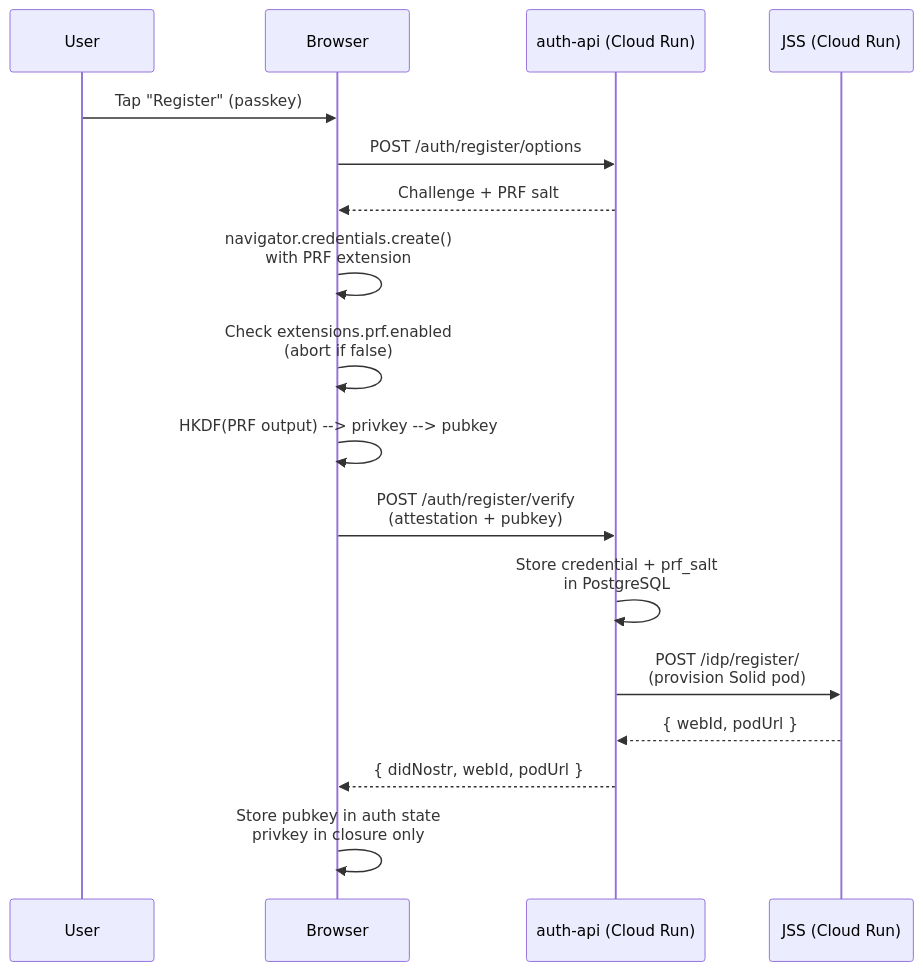
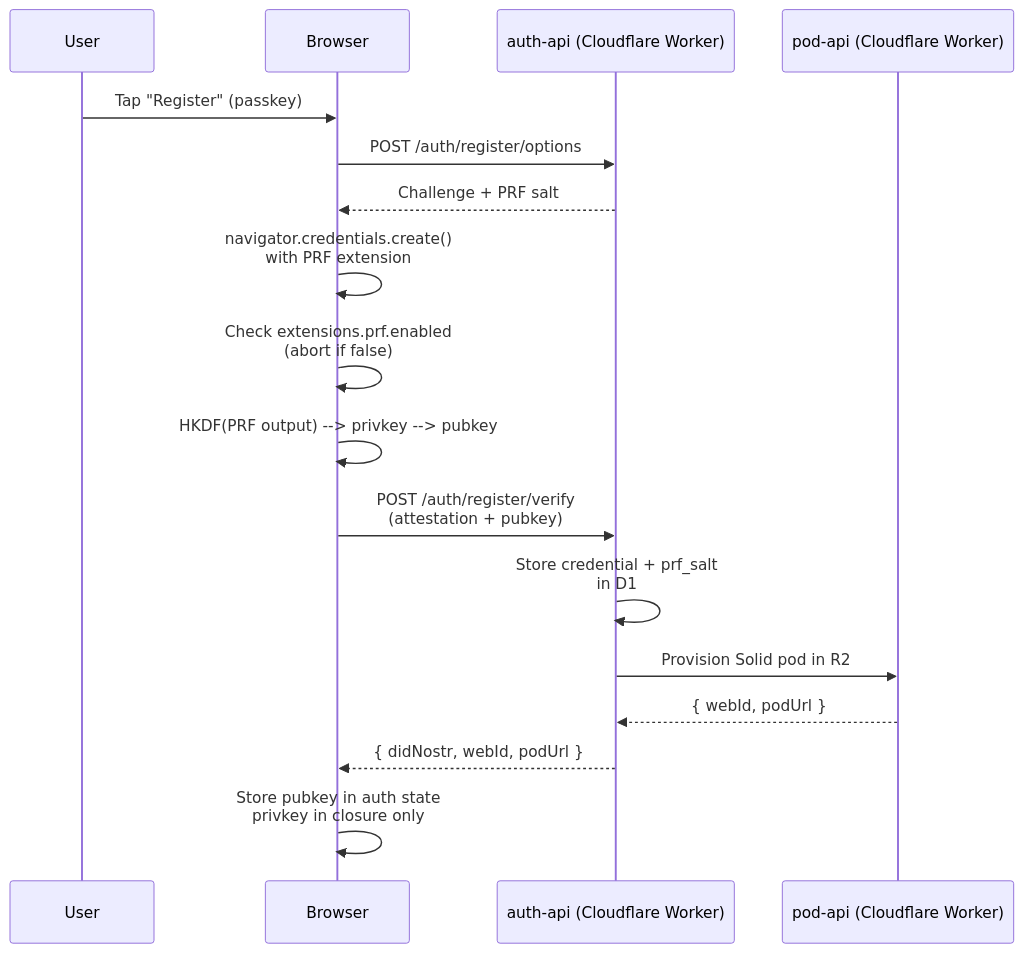
Before and after one commit to DreamLab-AI/dreamlab-ai-website: the third of 7 diagrams in docs/architecture.md, drawn with Mermaid. The commit also changed other lines of this file and 30 other files, not shown here.

First line of the commit message:
Overhaul documentation: mermaid diagrams, deprecate GCP refs, fix 12 broken links

````diff
--- a/docs/architecture.md
+++ b/docs/architecture.md
@@ -134,23 +166,23 @@
 ```mermaid
 sequenceDiagram
     participant User
     participant Browser
-    participant AuthAPI as auth-api (Cloud Run)
-    participant JSS as JSS (Cloud Run)
+    participant AuthAPI as auth-api (Cloudflare Worker)
+    participant PodAPI as pod-api (Cloudflare Worker)
 
     User->>Browser: Tap "Register" (passkey)
     Browser->>AuthAPI: POST /auth/register/options
     AuthAPI-->>Browser: Challenge + PRF salt
 
     Browser->>Browser: navigator.credentials.create()<br/>with PRF extension
     Browser->>Browser: Check extensions.prf.enabled<br/>(abort if false)
     Browser->>Browser: HKDF(PRF output) --> privkey --> pubkey
 
     Browser->>AuthAPI: POST /auth/register/verify<br/>(attestation + pubkey)
-    AuthAPI->>AuthAPI: Store credential + prf_salt<br/>in PostgreSQL
-    AuthAPI->>JSS: POST /idp/register/<br/>(provision Solid pod)
-    JSS-->>AuthAPI: { webId, podUrl }
+    AuthAPI->>AuthAPI: Store credential + prf_salt<br/>in D1
+    AuthAPI->>PodAPI: Provision Solid pod in R2
+    PodAPI-->>AuthAPI: { webId, podUrl }
     AuthAPI-->>Browser: { didNostr, webId, podUrl }
 
     Browser->>Browser: Store pubkey in auth state<br/>privkey in closure only
 ```
````
